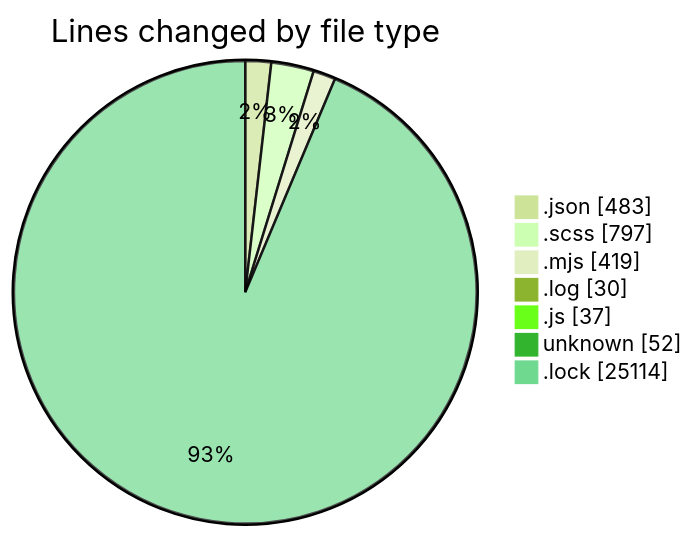
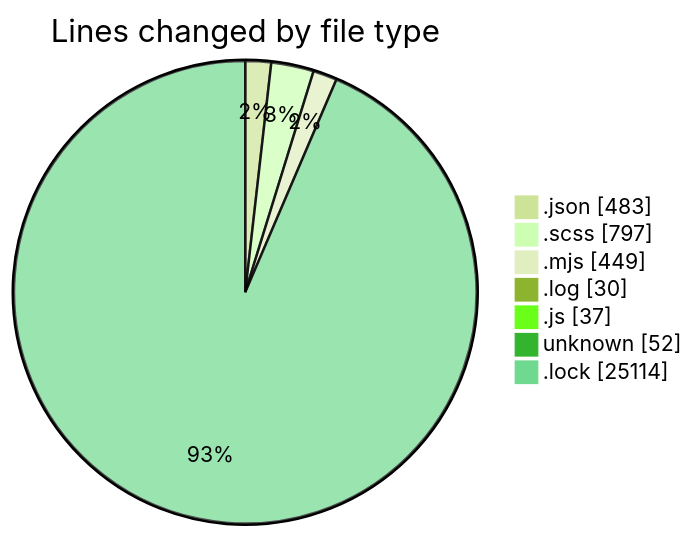
One commit to momahboobian/code-tracking changed the first of 2 diagrams in 2026-08-12/cda/README.md. Above: the diagram before and after it, drawn with Mermaid (forest theme). The commit also changed other lines of this file and 1 other file, not shown here.

````diff
--- a/2026-08-12/cda/README.md
+++ b/2026-08-12/cda/README.md
@@ -39,11 +39,11 @@
 ```mermaid
 pie showData
 title Lines changed by file type
 ".json" : 483
 ".scss" : 797
-".mjs" : 419
+".mjs" : 449
 ".log" : 30
 ".js" : 37
 "unknown" : 52
 ".lock" : 25114
 ```
````
